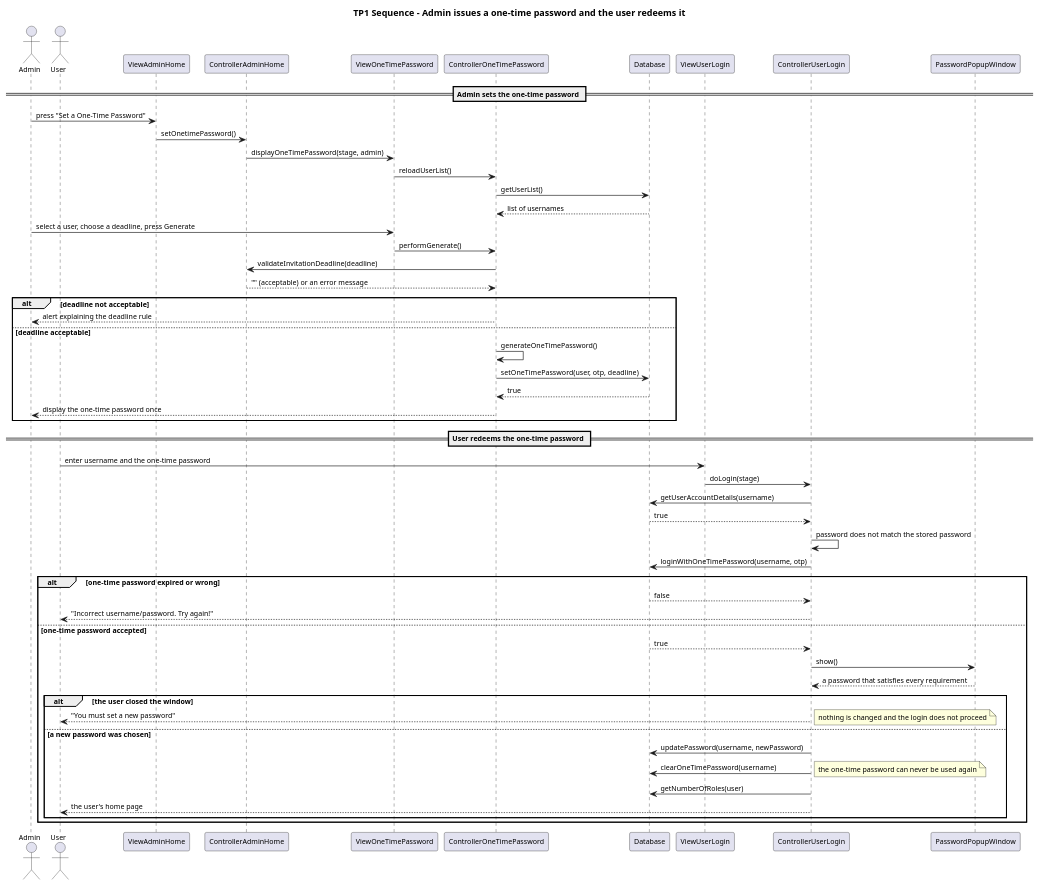
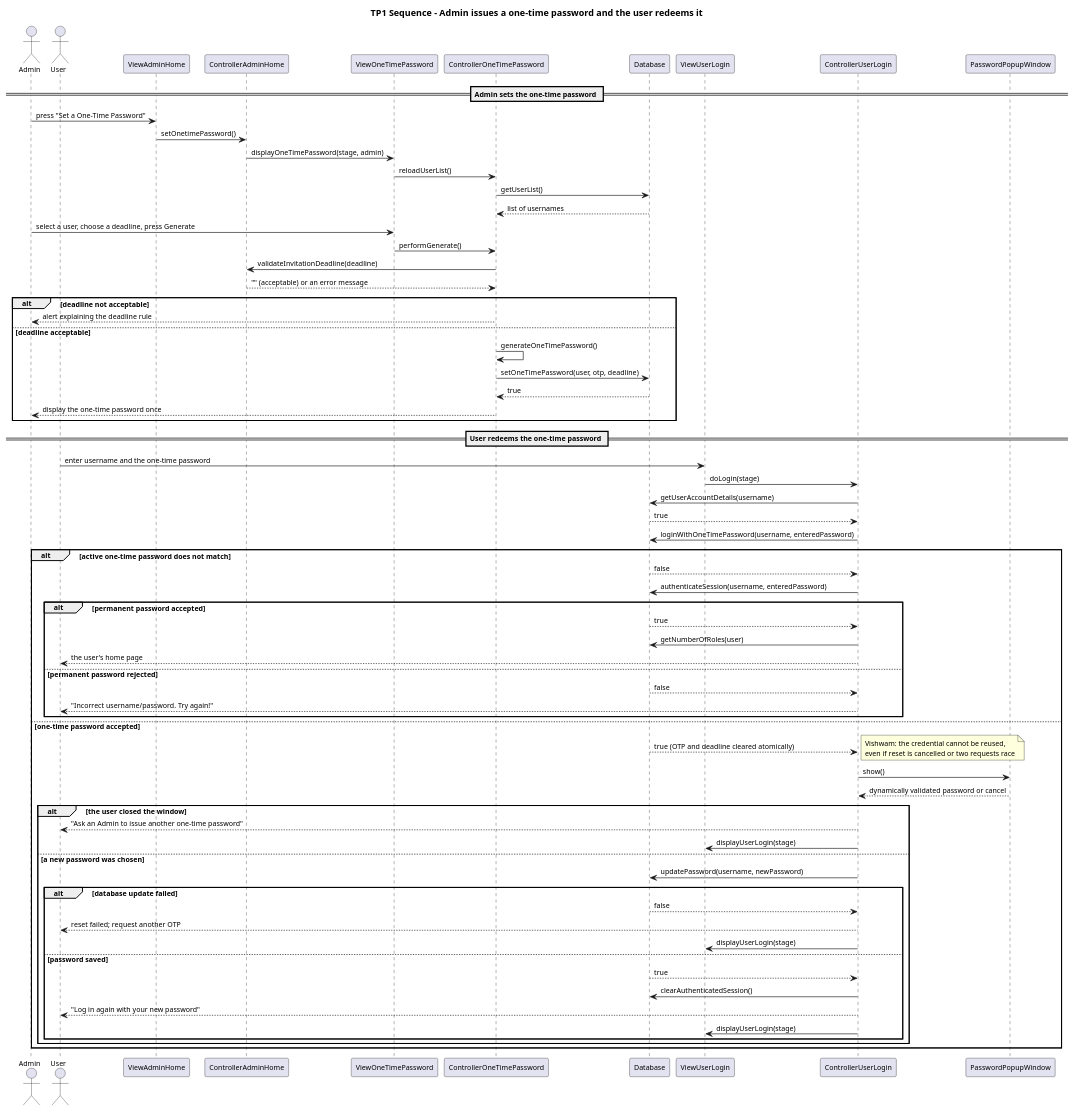
Before and after one commit to adityagupta11-debug/cse360: the diagram in TP1/TP1 Design Documents/UML Sources/03-Sequence-One-Time-Password.puml, drawn with PlantUML. The commit also changed 30 other files, not shown here.

First line of the commit message:
Integrate TP1 validation and password-reset completion

```diff
--- a/TP1/TP1 Design Documents/UML Sources/03-Sequence-One-Time-Password.puml
+++ b/TP1/TP1 Design Documents/UML Sources/03-Sequence-One-Time-Password.puml
@@ -1,69 +1,84 @@
 @startuml
 ' CSE 360 Team Project - TP1 Sequence Diagram: One-Time Password
 ' Author: A.G. (agupt545) - Design Documents and Architecture
 ' Version 1.00, 2026-09-17
+' Vishwam, Version 1.01, 2026-09-21 - immediate OTP consumption and forced fresh login
 
 title TP1 Sequence - Admin issues a one-time password and the user redeems it
 
 skinparam shadowing false
 skinparam defaultFontName Arial
 skinparam defaultFontSize 11
 
 actor Admin
 actor "User" as EndUser
 participant "ViewAdminHome" as VAH
 participant "ControllerAdminHome" as CAH
 participant "ViewOneTimePassword" as VOTP
 participant "ControllerOneTimePassword" as COTP
 participant "Database" as DB
 participant "ViewUserLogin" as VUL
 participant "ControllerUserLogin" as CUL
 participant "PasswordPopupWindow" as PW
 
 == Admin sets the one-time password ==
 Admin -> VAH : press "Set a One-Time Password"
 VAH -> CAH : setOnetimePassword()
 CAH -> VOTP : displayOneTimePassword(stage, admin)
 VOTP -> COTP : reloadUserList()
 COTP -> DB : getUserList()
 DB --> COTP : list of usernames
 Admin -> VOTP : select a user, choose a deadline, press Generate
 VOTP -> COTP : performGenerate()
 COTP -> CAH : validateInvitationDeadline(deadline)
 CAH --> COTP : "" (acceptable) or an error message
 alt deadline not acceptable
   COTP --> Admin : alert explaining the deadline rule
 else deadline acceptable
   COTP -> COTP : generateOneTimePassword()
   COTP -> DB : setOneTimePassword(user, otp, deadline)
   DB --> COTP : true
   COTP --> Admin : display the one-time password once
 end
 
 == User redeems the one-time password ==
 EndUser -> VUL : enter username and the one-time password
 VUL -> CUL : doLogin(stage)
 CUL -> DB : getUserAccountDetails(username)
 DB --> CUL : true
-CUL -> CUL : password does not match the stored password
-CUL -> DB : loginWithOneTimePassword(username, otp)
-alt one-time password expired or wrong
+CUL -> DB : loginWithOneTimePassword(username, enteredPassword)
+alt active one-time password does not match
   DB --> CUL : false
-  CUL --> EndUser : "Incorrect username/password. Try again!"
+  CUL -> DB : authenticateSession(username, enteredPassword)
+  alt permanent password accepted
+    DB --> CUL : true
+    CUL -> DB : getNumberOfRoles(user)
+    CUL --> EndUser : the user's home page
+  else permanent password rejected
+    DB --> CUL : false
+    CUL --> EndUser : "Incorrect username/password. Try again!"
+  end
 else one-time password accepted
-  DB --> CUL : true
+  DB --> CUL : true (OTP and deadline cleared atomically)
+  note right : Vishwam: the credential cannot be reused,\neven if reset is cancelled or two requests race
   CUL -> PW : show()
-  PW --> CUL : a password that satisfies every requirement
+  PW --> CUL : dynamically validated password or cancel
   alt the user closed the window
-    CUL --> EndUser : "You must set a new password"
-    note right : nothing is changed and the login does not proceed
+    CUL --> EndUser : "Ask an Admin to issue another one-time password"
+    CUL -> VUL : displayUserLogin(stage)
   else a new password was chosen
     CUL -> DB : updatePassword(username, newPassword)
-    CUL -> DB : clearOneTimePassword(username)
-    note right : the one-time password can never be used again
-    CUL -> DB : getNumberOfRoles(user)
-    CUL --> EndUser : the user's home page
+    alt database update failed
+      DB --> CUL : false
+      CUL --> EndUser : reset failed; request another OTP
+      CUL -> VUL : displayUserLogin(stage)
+    else password saved
+      DB --> CUL : true
+      CUL -> DB : clearAuthenticatedSession()
+      CUL --> EndUser : "Log in again with your new password"
+      CUL -> VUL : displayUserLogin(stage)
+    end
   end
 end
 
 @enduml
```
